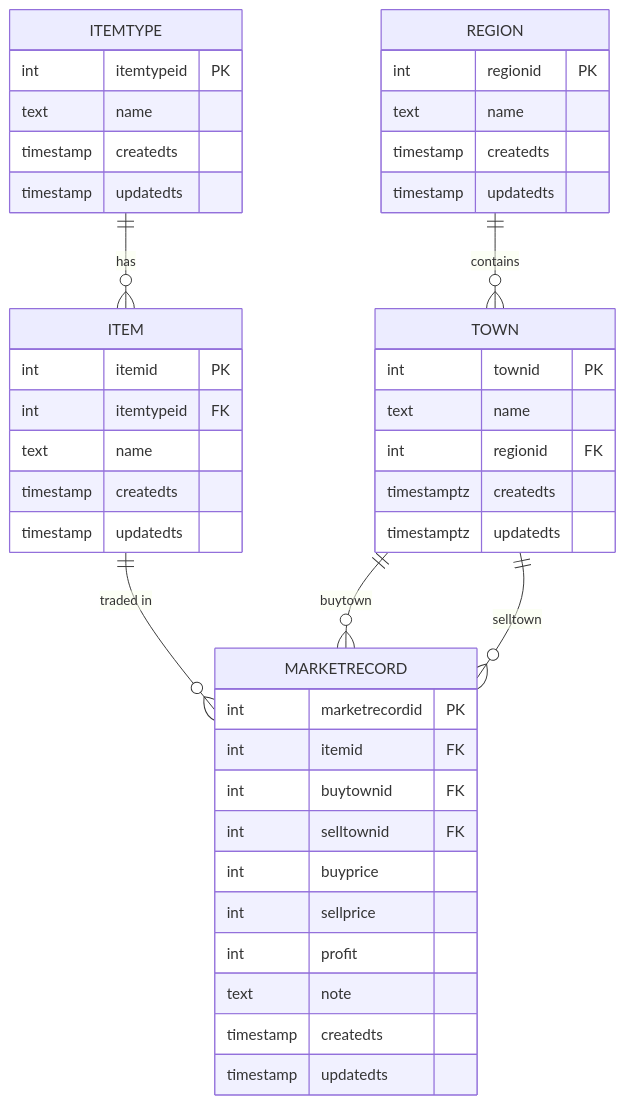
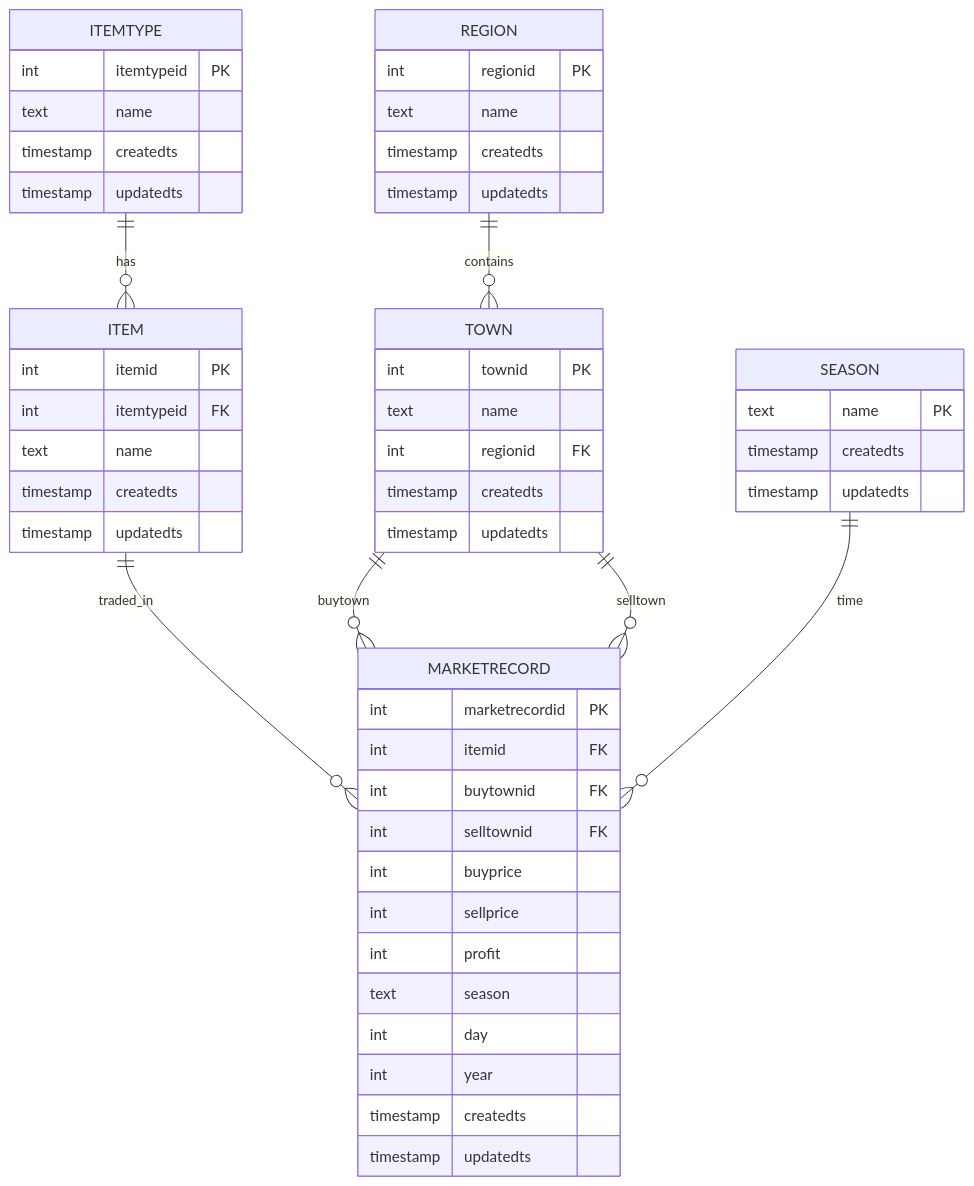
One commit to chaunmt/bannerlord-merchant-routes changed the diagram in README.md. Above: the diagram before and after it, drawn with Mermaid. The commit also changed other lines of this file and 1 other file, not shown here.

Commit message:
note to date, delete feature, clean

````diff
--- a/README.md
+++ b/README.md
@@ -40,57 +38,67 @@
 ```mermaid
 erDiagram
 
     ITEMTYPE {
         int itemtypeid PK
         text name
         timestamp createdts
         timestamp updatedts
     }
 
     ITEM {
         int itemid PK
         int itemtypeid FK
         text name
         timestamp createdts
         timestamp updatedts
     }
 
     MARKETRECORD {
         int marketrecordid PK
         int itemid FK
         int buytownid FK
         int selltownid FK
         int buyprice
         int sellprice
         int profit
-        text note
+        text season
+        int day
+        int year
         timestamp createdts
         timestamp updatedts
     }
 
     REGION {
         int regionid PK
         text name
         timestamp createdts
         timestamp updatedts
     }
 
     TOWN {
         int townid PK
         text name
         int regionid FK
-        timestamptz createdts
-        timestamptz updatedts
+        timestamp createdts
+        timestamp updatedts
+    }
+
+    SEASON {
+        text name PK
+        timestamp createdts
+        timestamp updatedts
     }
 
     %% Relationships
 
-    ITEMTYPE ||--o{ ITEM : "has"
+    ITEMTYPE ||--o{ ITEM : has
 
-    ITEM ||--o{ MARKETRECORD : "traded in"
+    ITEM ||--o{ MARKETRECORD : traded_in
 
-    REGION ||--o{ TOWN : "contains"
+    REGION ||--o{ TOWN : contains
 
-    TOWN ||--o{ MARKETRECORD : "buytown"
-    TOWN ||--o{ MARKETRECORD : "selltown"
+    TOWN ||--o{ MARKETRECORD : buytown
+    TOWN ||--o{ MARKETRECORD : selltown
+
+    SEASON ||--o{ MARKETRECORD : time
 ```
````
